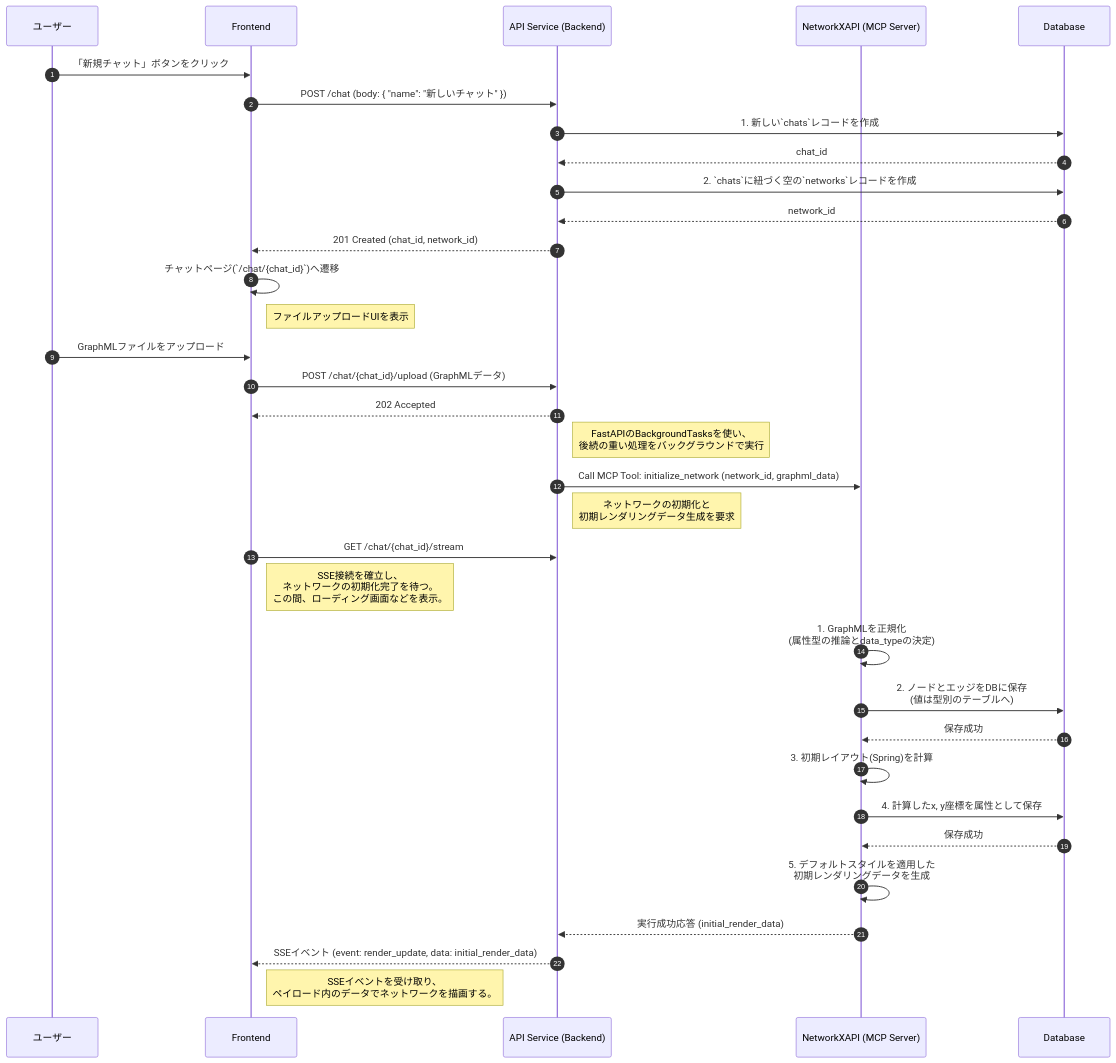
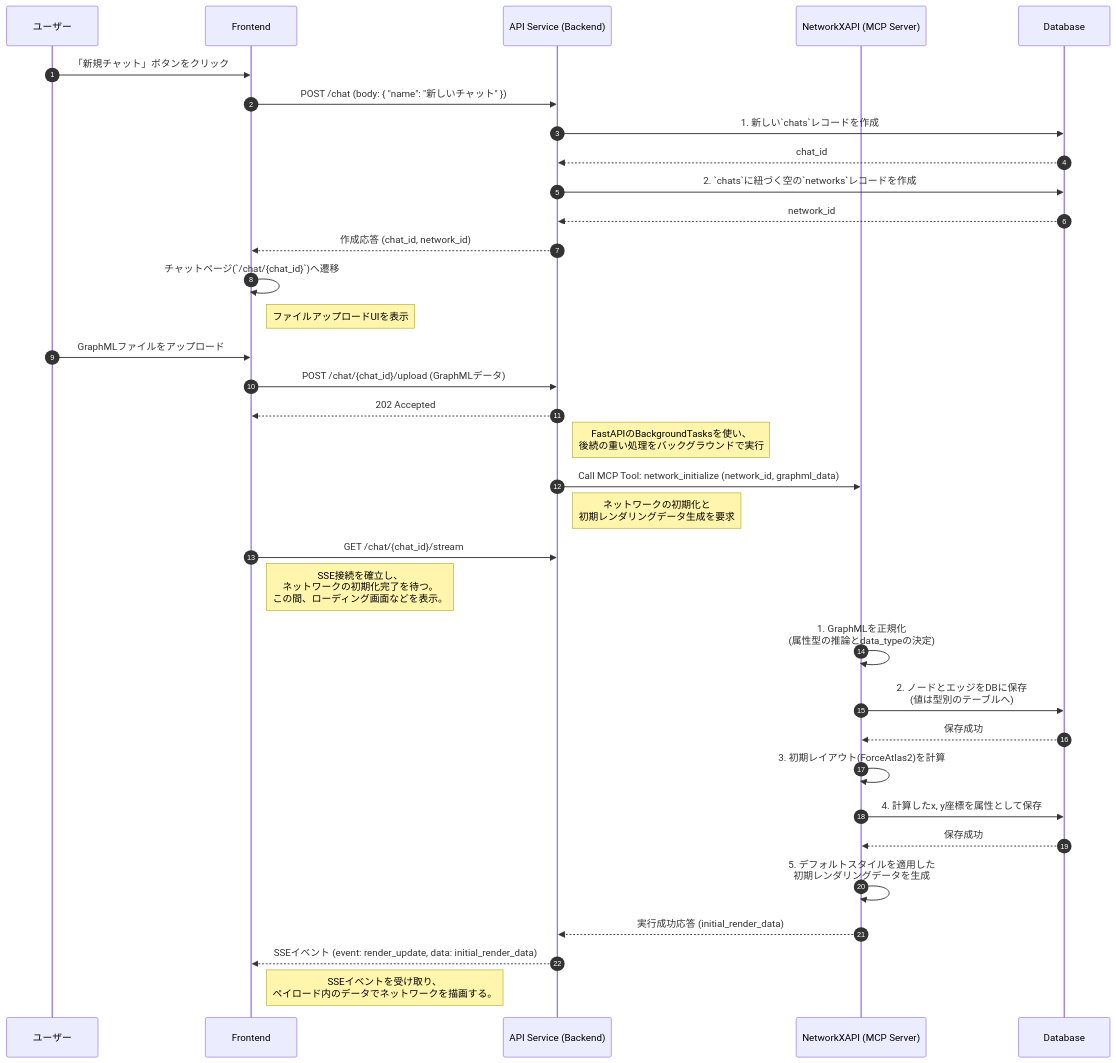
One commit to vdslab/LLMGraphvis changed the first of 13 diagrams in specification/2_Technical_Details/6_Core_Workflows.md. Above: the diagram before and after it, drawn with Mermaid. The commit also changed other lines of this file and 12 other files, not shown here.

````diff
--- a/specification/2_Technical_Details/6_Core_Workflows.md
+++ b/specification/2_Technical_Details/6_Core_Workflows.md
@@ -22,48 +22,48 @@
 ```mermaid
 sequenceDiagram
     autonumber
     participant U as ユーザー
     participant F as Frontend
     participant B as API Service (Backend)
     participant N as NetworkXAPI (MCP Server)
     participant DB as Database
 
     %% Step 1: User creates a new chat
     U->>F: 「新規チャット」ボタンをクリック
     F->>B: POST /chat (body: { "name": "新しいチャット" })
     B->>DB: 1. 新しい`chats`レコードを作成
     DB-->>B: chat_id
     B->>DB: 2. `chats`に紐づく空の`networks`レコードを作成
     DB-->>B: network_id
-    B-->>F: 201 Created (chat_id, network_id)
+    B-->>F: 作成応答 (chat_id, network_id)
 
     %% Step 2: Frontend navigates and user uploads a file
     F->>F: チャットページ(`/chat/{chat_id}`)へ遷移
     note right of F: ファイルアップロードUIを表示
     U->>F: GraphMLファイルをアップロード
     F->>B: POST /chat/{chat_id}/upload (GraphMLデータ)
 
     %% Step 3: Backend accepts the request and starts background task
     B-->>F: 202 Accepted
     note right of B: FastAPIのBackgroundTasksを使い、<br/>後続の重い処理をバックグラウンドで実行
-    B->>N: Call MCP Tool: initialize_network (network_id, graphml_data)
+    B->>N: Call MCP Tool: network_initialize (network_id, graphml_data)
     note right of B: ネットワークの初期化と<br/>初期レンダリングデータ生成を要求
 
     %% Step 4: Frontend waits for SSE event
     F->>B: GET /chat/{chat_id}/stream
     note right of F: SSE接続を確立し、<br/>ネットワークの初期化完了を待つ。<br/>この間、ローディング画面などを表示。
 
     %% Step 5: Background processing in NetworkXAPI
     N->>N: 1. GraphMLを正規化<br/>(属性型の推論とdata_typeの決定)
     N->>DB: 2. ノードとエッジをDBに保存<br/>(値は型別のテーブルへ)
     DB-->>N: 保存成功
-    N->>N: 3. 初期レイアウト(Spring)を計算
+    N->>N: 3. 初期レイアウト(ForceAtlas2)を計算
     N->>DB: 4. 計算したx, y座標を属性として保存
     DB-->>N: 保存成功
     N->>N: 5. デフォルトスタイルを適用した<br/>初期レンダリングデータを生成
     N-->>B: 実行成功応答 (initial_render_data)
 
     %% Step 6: Backend forwards the initial data via SSE
     B-->>F: SSEイベント (event: render_update, data: initial_render_data)
     note right of F: SSEイベントを受け取り、<br/>ペイロード内のデータでネットワークを描画する。
 ```
````
